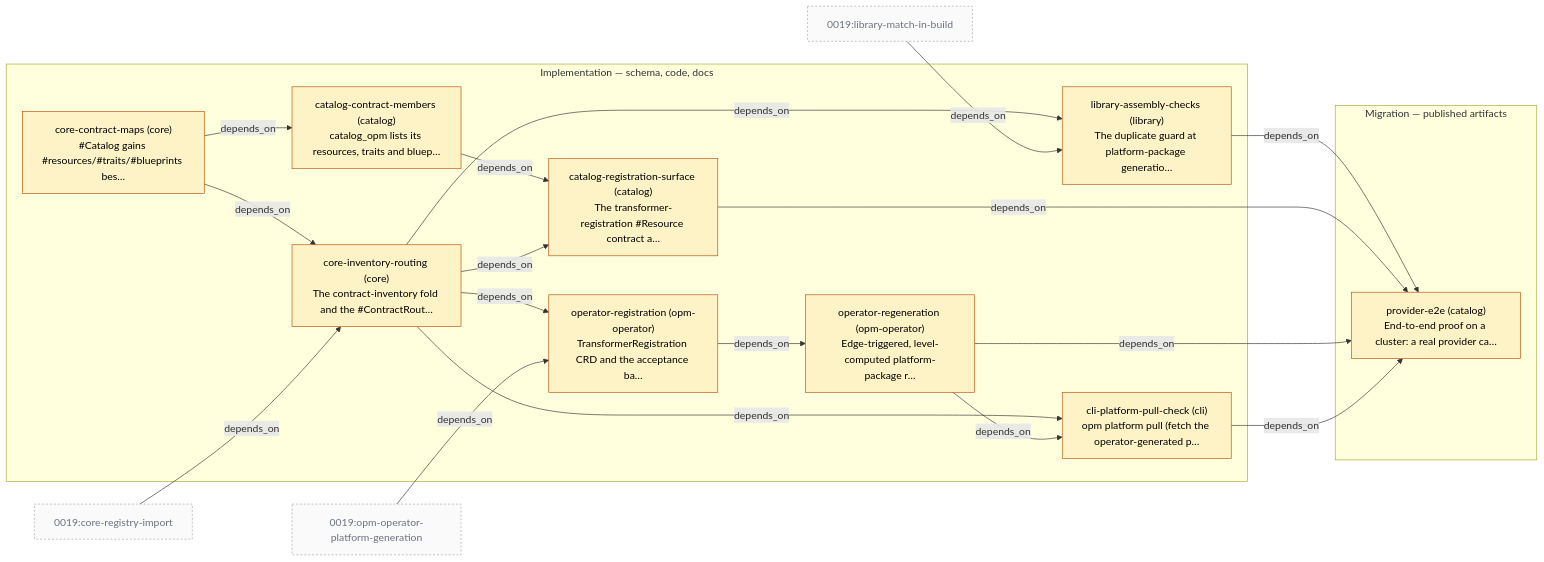
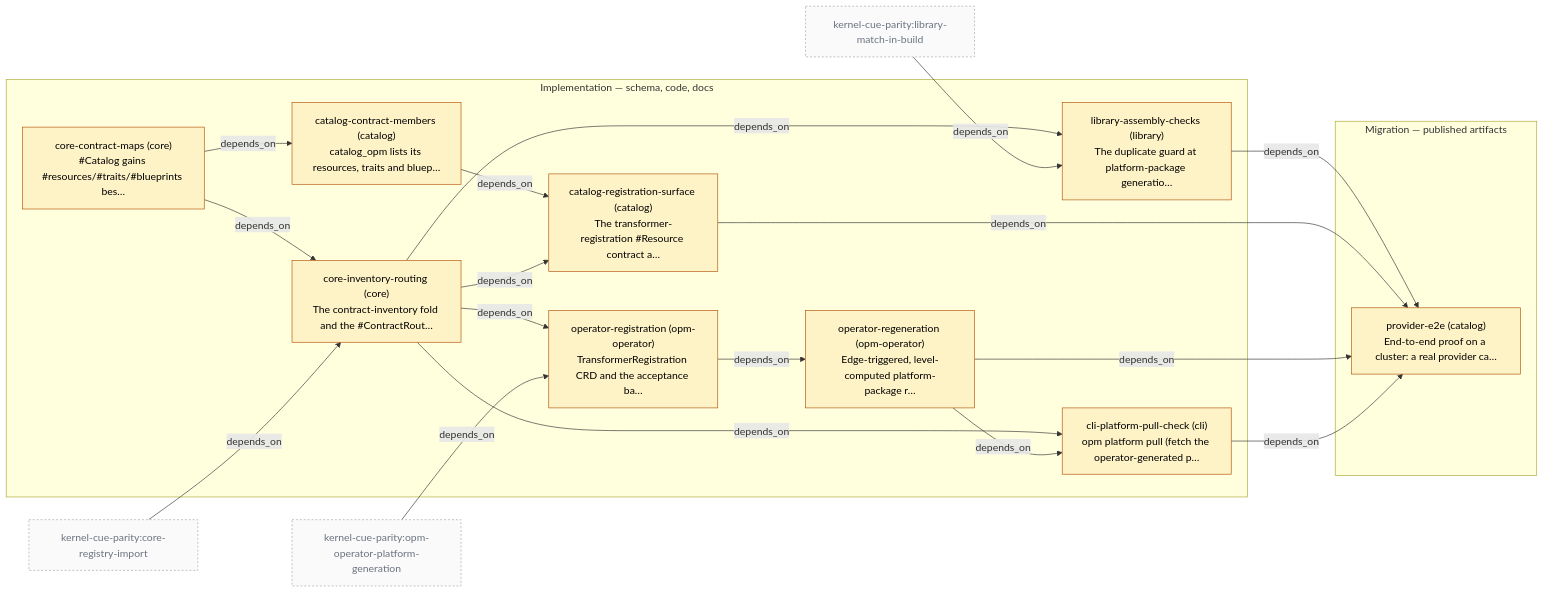
Before and after one commit to open-platform-model/enhancements: the diagram in plans/catalog-contracts-and-provider-registration/PLAN.md, drawn with Mermaid. The commit also changed other lines of this file and 38 other files, not shown here.

````diff
--- a/plans/catalog-contracts-and-provider-registration/PLAN.md
+++ b/plans/catalog-contracts-and-provider-registration/PLAN.md
@@ -5,42 +7,42 @@
 ```mermaid
 graph LR
   classDef planned     fill:#fef3c7,stroke:#b45309,color:#000
   classDef in_progress fill:#dbeafe,stroke:#1d4ed8,color:#000
   classDef done        fill:#dcfce7,stroke:#15803d,color:#000
   classDef cancelled   fill:#e5e7eb,stroke:#6b7280,color:#6b7280
   classDef other       fill:#fafafa,stroke:#9ca3af,color:#6b7280,stroke-dasharray:3 3
 
   subgraph PHASE_IMPL["Implementation — schema, code, docs"]
     S_core-contract-maps["core-contract-maps (core)\n#Catalog gains #resources/#traits/#blueprints bes…"]:::planned
     S_core-inventory-routing["core-inventory-routing (core)\nThe contract-inventory fold and the #ContractRout…"]:::planned
     S_library-assembly-checks["library-assembly-checks (library)\nThe duplicate guard at platform-package generatio…"]:::planned
     S_catalog-contract-members["catalog-contract-members (catalog)\ncatalog_opm lists its resources, traits and bluep…"]:::planned
     S_catalog-registration-surface["catalog-registration-surface (catalog)\nThe transformer-registration #Resource contract a…"]:::planned
     S_operator-registration["operator-registration (opm-operator)\nTransformerRegistration CRD and the acceptance ba…"]:::planned
     S_operator-regeneration["operator-regeneration (opm-operator)\nEdge-triggered, level-computed platform-package r…"]:::planned
     S_cli-platform-pull-check["cli-platform-pull-check (cli)\nopm platform pull (fetch the operator-generated p…"]:::planned
   end
   subgraph PHASE_MIGR["Migration — published artifacts"]
     S_provider-e2e["provider-e2e (catalog)\nEnd-to-end proof on a cluster: a real provider ca…"]:::planned
   end
 
   S_core-contract-maps -->|depends_on| S_core-inventory-routing
-  X_0019_core-registry-import["0019:core-registry-import"]:::other
-  X_0019_core-registry-import -->|depends_on| S_core-inventory-routing
+  X_kernel-cue-parity_core-registry-import["kernel-cue-parity:core-registry-import"]:::other
+  X_kernel-cue-parity_core-registry-import -->|depends_on| S_core-inventory-routing
   S_core-inventory-routing -->|depends_on| S_library-assembly-checks
-  X_0019_library-match-in-build["0019:library-match-in-build"]:::other
-  X_0019_library-match-in-build -->|depends_on| S_library-assembly-checks
+  X_kernel-cue-parity_library-match-in-build["kernel-cue-parity:library-match-in-build"]:::other
+  X_kernel-cue-parity_library-match-in-build -->|depends_on| S_library-assembly-checks
   S_core-contract-maps -->|depends_on| S_catalog-contract-members
   S_catalog-contract-members -->|depends_on| S_catalog-registration-surface
   S_core-inventory-routing -->|depends_on| S_catalog-registration-surface
   S_core-inventory-routing -->|depends_on| S_operator-registration
-  X_0019_opm-operator-platform-generation["0019:opm-operator-platform-generation"]:::other
-  X_0019_opm-operator-platform-generation -->|depends_on| S_operator-registration
+  X_kernel-cue-parity_opm-operator-platform-generation["kernel-cue-parity:opm-operator-platform-generation"]:::other
+  X_kernel-cue-parity_opm-operator-platform-generation -->|depends_on| S_operator-registration
   S_operator-registration -->|depends_on| S_operator-regeneration
   S_core-inventory-routing -->|depends_on| S_cli-platform-pull-check
   S_operator-regeneration -->|depends_on| S_cli-platform-pull-check
   S_library-assembly-checks -->|depends_on| S_provider-e2e
   S_catalog-registration-surface -->|depends_on| S_provider-e2e
   S_operator-regeneration -->|depends_on| S_provider-e2e
   S_cli-platform-pull-check -->|depends_on| S_provider-e2e
 ```
````
